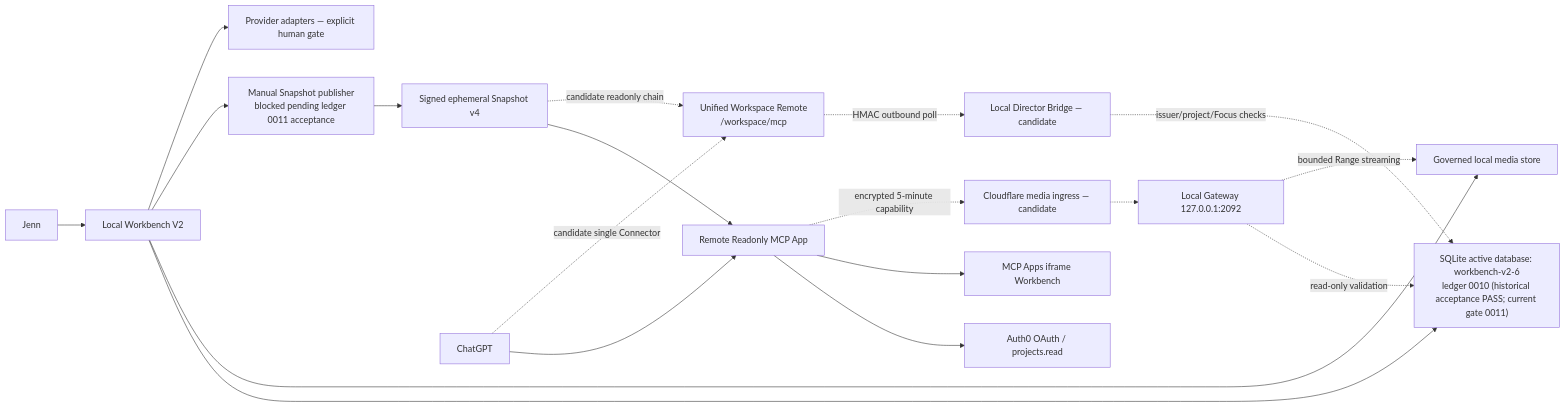
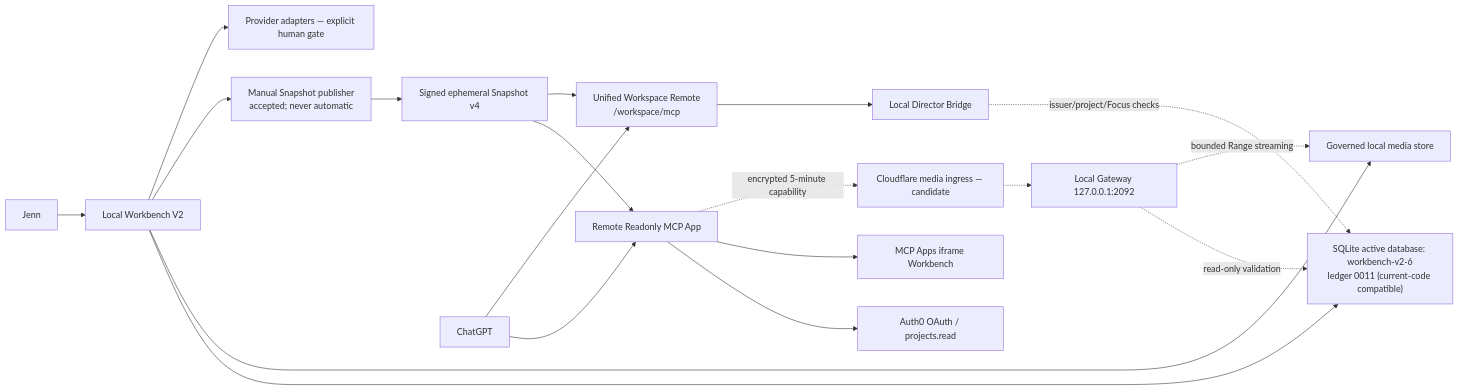
Before and after one commit to JENN2046/AI-Video-Production-Local-Bridge: the diagram in docs/ARCHITECTURE.md, drawn with Mermaid. The commit also changed other lines of this file and 7 other files, not shown here.

Commit message:
docs: record unified director acceptance

````diff
--- a/docs/ARCHITECTURE.md
+++ b/docs/ARCHITECTURE.md
@@ -8,21 +8,21 @@
 ```mermaid
 flowchart LR
     J["Jenn"] --> W["Local Workbench V2"]
-    W --> DB["SQLite active database: workbench-v2-6\nledger 0010 (historical acceptance PASS; current gate 0011)"]
+    W --> DB["SQLite active database: workbench-v2-6\nledger 0011 (current-code compatible)"]
     W --> FS["Governed local media store"]
-    W --> PA["Manual Snapshot publisher\nblocked pending ledger 0011 acceptance"]
+    W --> PA["Manual Snapshot publisher\naccepted; never automatic"]
     PA --> SS["Signed ephemeral Snapshot v4"]
     SS --> RM["Remote Readonly MCP App"]
     C["ChatGPT"] --> RM
     RM --> AU["Auth0 OAuth / projects.read"]
     RM --> UI["MCP Apps iframe Workbench"]
-    C -. "candidate single Connector" .-> UW["Unified Workspace Remote\n/workspace/mcp"]
-    SS -. "candidate readonly chain" .-> UW
-    UW -. "HMAC outbound poll" .-> DBR["Local Director Bridge — candidate"]
+    C --> UW["Unified Workspace Remote\n/workspace/mcp"]
+    SS --> UW
+    UW --> DBR["Local Director Bridge"]
     DBR -. "issuer/project/Focus checks" .-> DB
     RM -. "encrypted 5-minute capability" .-> CF["Cloudflare media ingress — candidate"]
     CF -.-> GW["Local Gateway 127.0.0.1:2092"]
     GW -. "read-only validation" .-> DB
     GW -. "bounded Range streaming" .-> FS
     W --> PR["Provider adapters — explicit human gate"]
 ```
````
